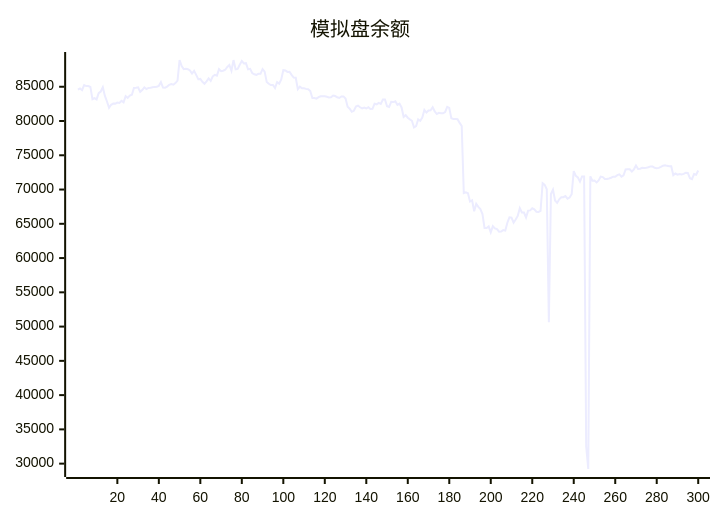
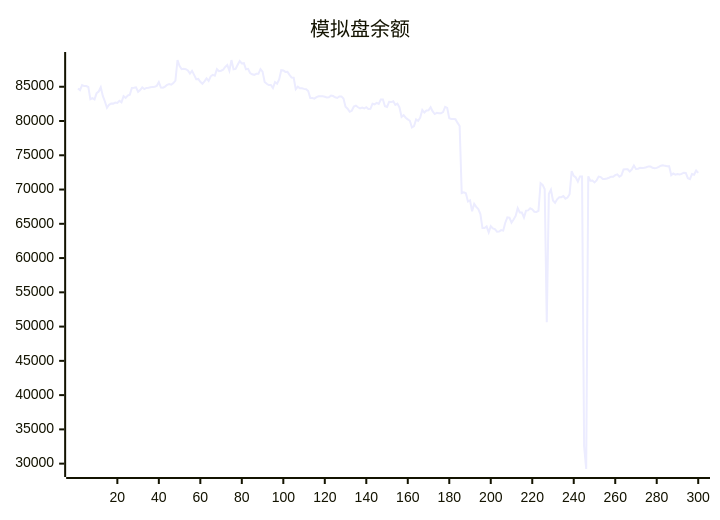
The diagram in README.md (aahl/ai-trading), drawn with Mermaid before and after one commit. The commit also changed other lines of this file and 1 other file, not shown here.

````diff
--- a/README.md
+++ b/README.md
@@ -5,5 +5,5 @@
 ```mermaid
 xychart
     title "模拟盘余额"
-    line [84572,84745,84500,85234,85096,85095,84970,83180,83338,83157,84070,84309,84922,83667,82850,81924,82369,82552,82539,82695,82648,82962,82728,83619,83378,83710,83825,84819,84854,84917,84265,84527,84919,84668,84834,84850,84916,84981,85004,85131,85674,84891,84864,85019,85284,85393,85294,85538,85894,88904,88012,87567,87625,87568,87386,86920,87313,86737,86094,86143,85725,85437,85787,86219,85859,86526,86740,86630,87563,87264,87335,87483,87886,88180,87335,88894,87544,87608,88207,88755,88401,88444,87543,87608,87000,86810,86740,86894,86884,87576,87209,85686,85435,85251,85255,84820,85689,85453,86066,87420,87373,87161,87178,86740,86341,86315,84643,85012,84772,84768,84690,84635,84376,83360,83357,83259,83474,83608,83606,83602,83548,83440,83454,83724,83644,83464,83365,83590,83592,83275,82072,81806,81344,81492,82109,82254,82006,81848,81955,81829,82022,81769,81776,82522,82441,82656,82498,83144,83144,82150,82038,82797,82763,82872,82367,82536,81981,80612,80862,80484,80242,80034,79063,79245,80226,80016,80507,81625,81233,81544,81578,82016,81401,81019,81186,81130,81118,81306,82066,81909,80392,80304,80291,80258,79729,79261,69466,69579,69456,68251,68415,66832,67911,67462,67144,66432,64380,64375,64606,63740,64647,64324,64216,63842,63877,64078,64008,65156,65945,65888,65157,65625,66144,67284,66653,66639,65924,66925,66956,67263,67108,66766,66729,66886,70927,70673,70049,50652,69334,69973,68400,68061,68578,68876,68879,69055,68662,68822,69329,72687,71999,71760,71162,71911,71896,32500,29218,71927,71297,71305,71044,71337,71883,71822,71536,71536,71622,71723,71880,71860,72100,72216,71887,72077,72940,72976,72966,72638,72948,73497,73004,73041,73173,73160,73186,73258,73375,73351,73173,73098,73161,73305,73474,73536,73457,73413,73412,72100,72333,72164,72272,72204,72285,72461,72421,71652,71521,72267,72157,72774]
+    line [84745,84500,85234,85096,85095,84970,83180,83338,83157,84070,84309,84922,83667,82850,81924,82369,82552,82539,82695,82648,82962,82728,83619,83378,83710,83825,84819,84854,84917,84265,84527,84919,84668,84834,84850,84916,84981,85004,85131,85674,84891,84864,85019,85284,85393,85294,85538,85894,88904,88012,87567,87625,87568,87386,86920,87313,86737,86094,86143,85725,85437,85787,86219,85859,86526,86740,86630,87563,87264,87335,87483,87886,88180,87335,88894,87544,87608,88207,88755,88401,88444,87543,87608,87000,86810,86740,86894,86884,87576,87209,85686,85435,85251,85255,84820,85689,85453,86066,87420,87373,87161,87178,86740,86341,86315,84643,85012,84772,84768,84690,84635,84376,83360,83357,83259,83474,83608,83606,83602,83548,83440,83454,83724,83644,83464,83365,83590,83592,83275,82072,81806,81344,81492,82109,82254,82006,81848,81955,81829,82022,81769,81776,82522,82441,82656,82498,83144,83144,82150,82038,82797,82763,82872,82367,82536,81981,80612,80862,80484,80242,80034,79063,79245,80226,80016,80507,81625,81233,81544,81578,82016,81401,81019,81186,81130,81118,81306,82066,81909,80392,80304,80291,80258,79729,79261,69466,69579,69456,68251,68415,66832,67911,67462,67144,66432,64380,64375,64606,63740,64647,64324,64216,63842,63877,64078,64008,65156,65945,65888,65157,65625,66144,67284,66653,66639,65924,66925,66956,67263,67108,66766,66729,66886,70927,70673,70049,50652,69334,69973,68400,68061,68578,68876,68879,69055,68662,68822,69329,72687,71999,71760,71162,71911,71896,32500,29218,71927,71297,71305,71044,71337,71883,71822,71536,71536,71622,71723,71880,71860,72100,72216,71887,72077,72940,72976,72966,72638,72948,73497,73004,73041,73173,73160,73186,73258,73375,73351,73173,73098,73161,73305,73474,73536,73457,73413,73412,72100,72333,72164,72272,72204,72285,72461,72421,71652,71521,72267,72157,72774,72424]
 ```
````
